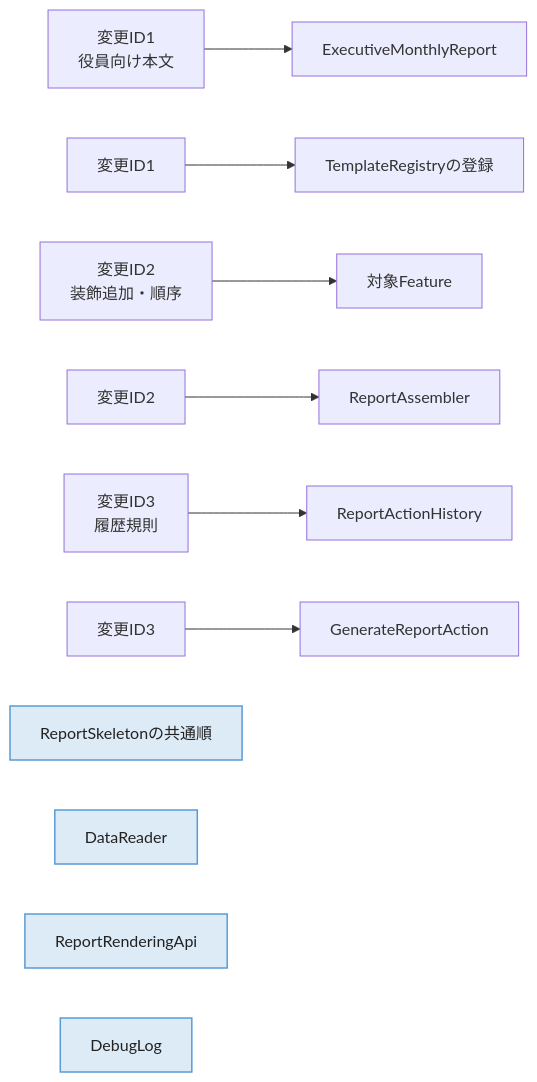
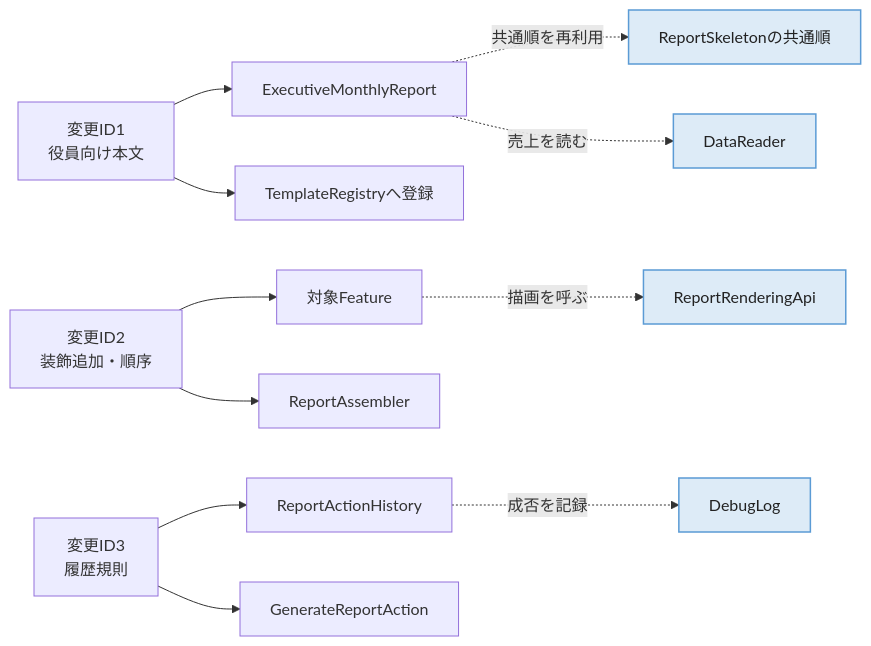
Before and after one commit to kumachan1101-pixel/DesignPattern: diagram 15 of 18 in kindle/design-patterns/output/chapter11.md, drawn with Mermaid. The commit also changed other lines of this file and 3 other files, not shown here.

First line of the commit message:
CONS-065 基準章: 第11章★5件を説明順・図・コードの是正で解消

````diff
--- a/kindle/design-patterns/output/chapter11.md
+++ b/kindle/design-patterns/output/chapter11.md
@@ -2805,16 +2828,17 @@
 ```mermaid
 graph LR
     C1["変更ID1<br/>役員向け本文"] --> B1["ExecutiveMonthlyReport"]
-    変更ID1 --> REG["TemplateRegistryの登録"]
+    C1 --> REG["TemplateRegistryへ登録"]
     C2["変更ID2<br/>装飾追加・順序"] --> F["対象Feature"]
-    変更ID2 --> ASM["ReportAssembler"]
+    C2 --> ASM["ReportAssembler"]
     C3["変更ID3<br/>履歴規則"] --> H["ReportActionHistory"]
-    変更ID3 --> C["GenerateReportAction"]
+    C3 --> GA["GenerateReportAction"]
 
-    ST["ReportSkeletonの共通順"]:::stable
-    DR["DataReader"]:::stable
-    API["ReportRenderingApi"]:::stable
-    LOG["DebugLog"]:::stable
+    B1 -.共通順を再利用.-> ST["ReportSkeletonの共通順"]
+    B1 -.売上を読む.-> DR["DataReader"]
+    F -.描画を呼ぶ.-> API["ReportRenderingApi"]
+    H -.成否を記録.-> LOG["DebugLog"]
 
+    class ST,DR,API,LOG stable
     classDef stable fill:#DDEBF7,stroke:#5B9BD5,stroke-width:1.5px,color:#222
 ```
````
